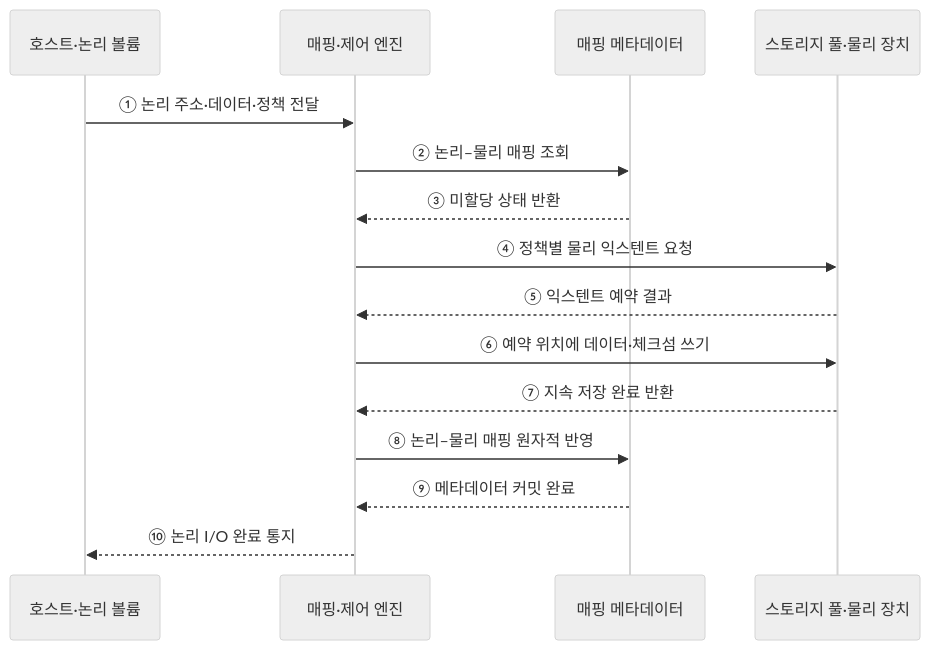
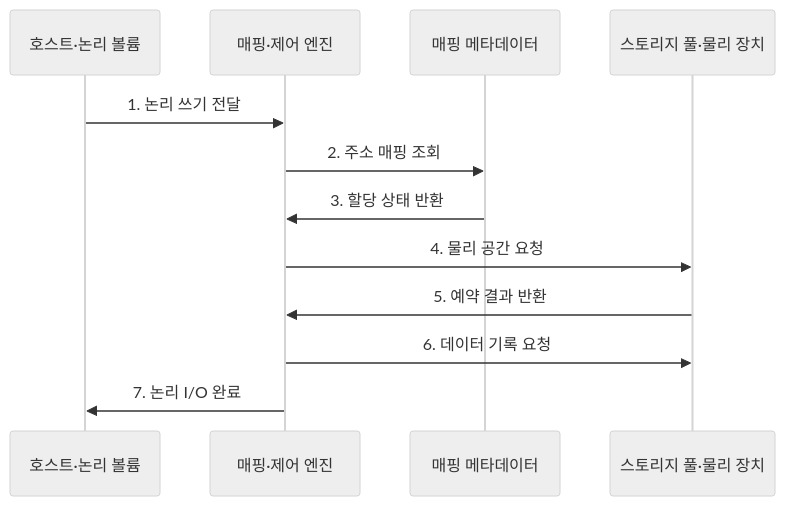
One commit to agnusdei1207/knowledge-base changed the second of 2 diagrams in src/content/docs/notes/02-hardware/081_storage_virtualization.md. Above: the diagram before and after it, drawn with Mermaid (neutral theme). The commit also changed other lines of this file and 20 other files, not shown here.

````diff
--- a/src/content/docs/notes/02-hardware/081_storage_virtualization.md
+++ b/src/content/docs/notes/02-hardware/081_storage_virtualization.md
@@ -80,18 +87,15 @@
 ```mermaid
 sequenceDiagram
     participant H as 호스트·논리 볼륨
     participant M as 매핑·제어 엔진
     participant T as 매핑 메타데이터
     participant P as 스토리지 풀·물리 장치
 
-    H->>M: ① 논리 주소·데이터·정책 전달
-    M->>T: ② 논리–물리 매핑 조회
-    T-->>M: ③ 미할당 상태 반환
-    M->>P: ④ 정책별 물리 익스텐트 요청
-    P-->>M: ⑤ 익스텐트 예약 결과
-    M->>P: ⑥ 예약 위치에 데이터·체크섬 쓰기
-    P-->>M: ⑦ 지속 저장 완료 반환
-    M->>T: ⑧ 논리–물리 매핑 원자적 반영
-    T-->>M: ⑨ 메타데이터 커밋 완료
-    M-->>H: ⑩ 논리 I/O 완료 통지
+    H->>M: 1. 논리 쓰기 전달
+    M->>T: 2. 주소 매핑 조회
+    T->>M: 3. 할당 상태 반환
+    M->>P: 4. 물리 공간 요청
+    P->>M: 5. 예약 결과 반환
+    M->>P: 6. 데이터 기록 요청
+    M->>H: 7. 논리 I/O 완료
 ```
````
